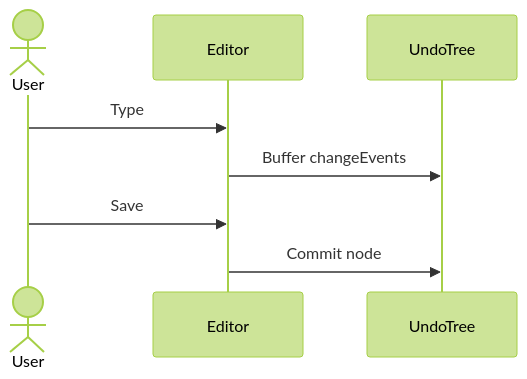
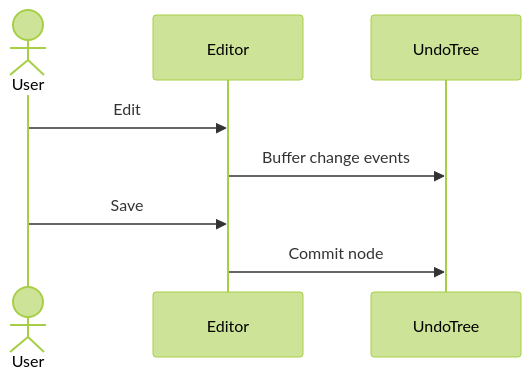
One commit to mmiyaji/vscode-undotree changed the fourth of 5 diagrams in README.md. Above: the diagram before and after it, drawn with Mermaid (forest theme). The commit also changed other lines of this file and 7 other files, not shown here.

````diff
--- a/README.md
+++ b/README.md
@@ -227,11 +264,11 @@
 ```mermaid
 sequenceDiagram
   actor User
   participant Editor
   participant UndoTree
 
-  User->>Editor: Type
-  Editor->>UndoTree: Buffer changeEvents
+  User->>Editor: Edit
+  Editor->>UndoTree: Buffer change events
   User->>Editor: Save
   Editor->>UndoTree: Commit node
 ```
````
